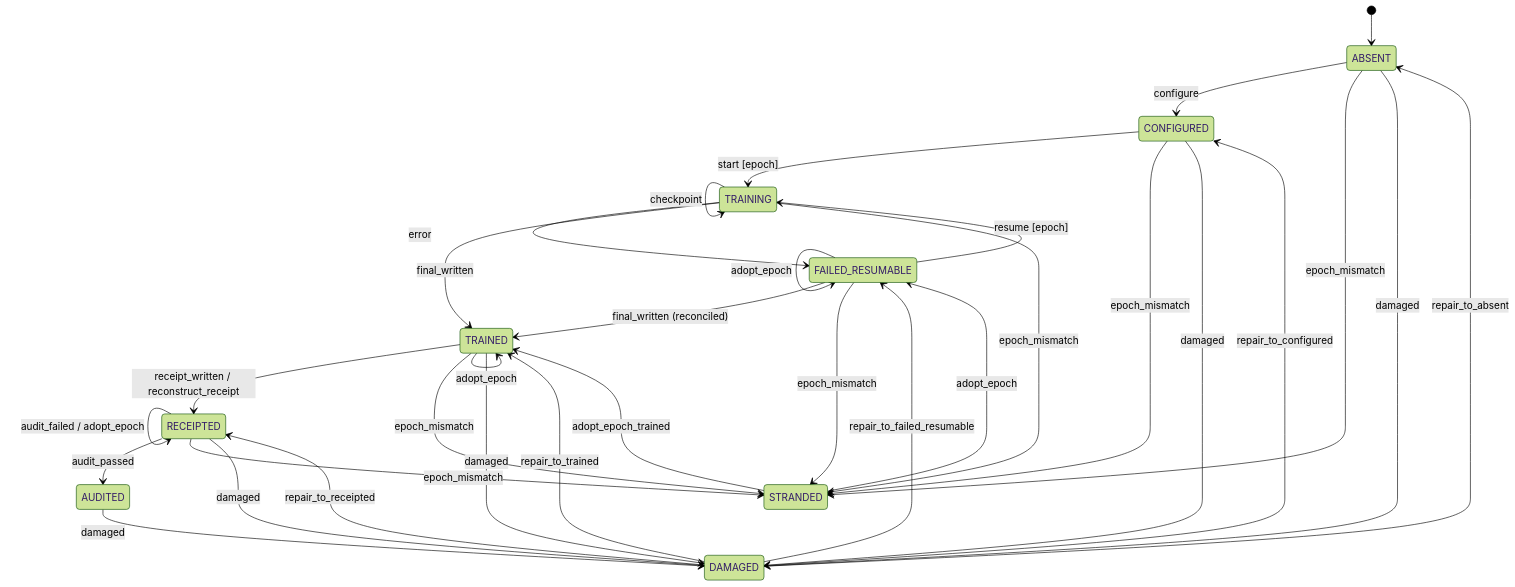
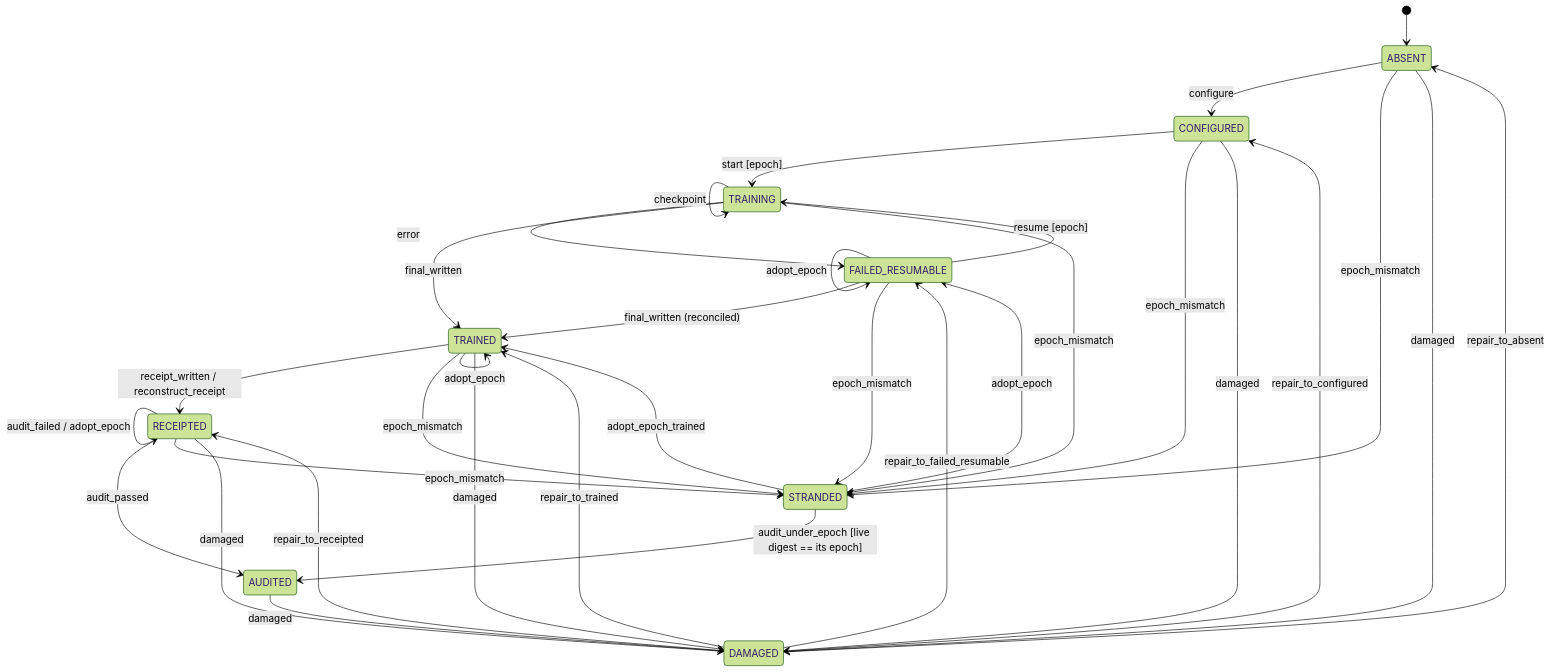
Before and after one commit to difflabai/alz-perturb-gan: the diagram in analysis/default_empf_20261117/README.md, drawn with Mermaid (forest theme). The commit also changed other lines of this file and 14 other files, not shown here.

````diff
--- a/analysis/default_empf_20261117/README.md
+++ b/analysis/default_empf_20261117/README.md
@@ -51,34 +85,35 @@
 ```mermaid
 stateDiagram-v2
     [*] --> ABSENT
     ABSENT --> CONFIGURED: configure
     CONFIGURED --> TRAINING: start [epoch]
     TRAINING --> TRAINING: checkpoint
     TRAINING --> FAILED_RESUMABLE: error
     FAILED_RESUMABLE --> TRAINING: resume [epoch]
     FAILED_RESUMABLE --> FAILED_RESUMABLE: adopt_epoch
     TRAINING --> TRAINED: final_written
     FAILED_RESUMABLE --> TRAINED: final_written (reconciled)
     TRAINED --> RECEIPTED: receipt_written / reconstruct_receipt
     TRAINED --> TRAINED: adopt_epoch
     RECEIPTED --> RECEIPTED: audit_failed / adopt_epoch
     RECEIPTED --> AUDITED: audit_passed
     ABSENT --> STRANDED: epoch_mismatch
     CONFIGURED --> STRANDED: epoch_mismatch
     TRAINING --> STRANDED: epoch_mismatch
     FAILED_RESUMABLE --> STRANDED: epoch_mismatch
     TRAINED --> STRANDED: epoch_mismatch
     RECEIPTED --> STRANDED: epoch_mismatch
     STRANDED --> FAILED_RESUMABLE: adopt_epoch
     STRANDED --> TRAINED: adopt_epoch_trained
+    STRANDED --> AUDITED: audit_under_epoch [live digest == its epoch]
     ABSENT --> DAMAGED: damaged
     CONFIGURED --> DAMAGED: damaged
     TRAINED --> DAMAGED: damaged
     RECEIPTED --> DAMAGED: damaged
     AUDITED --> DAMAGED: damaged
     DAMAGED --> ABSENT: repair_to_absent
     DAMAGED --> CONFIGURED: repair_to_configured
     DAMAGED --> FAILED_RESUMABLE: repair_to_failed_resumable
     DAMAGED --> TRAINED: repair_to_trained
     DAMAGED --> RECEIPTED: repair_to_receipted
 ```
````
